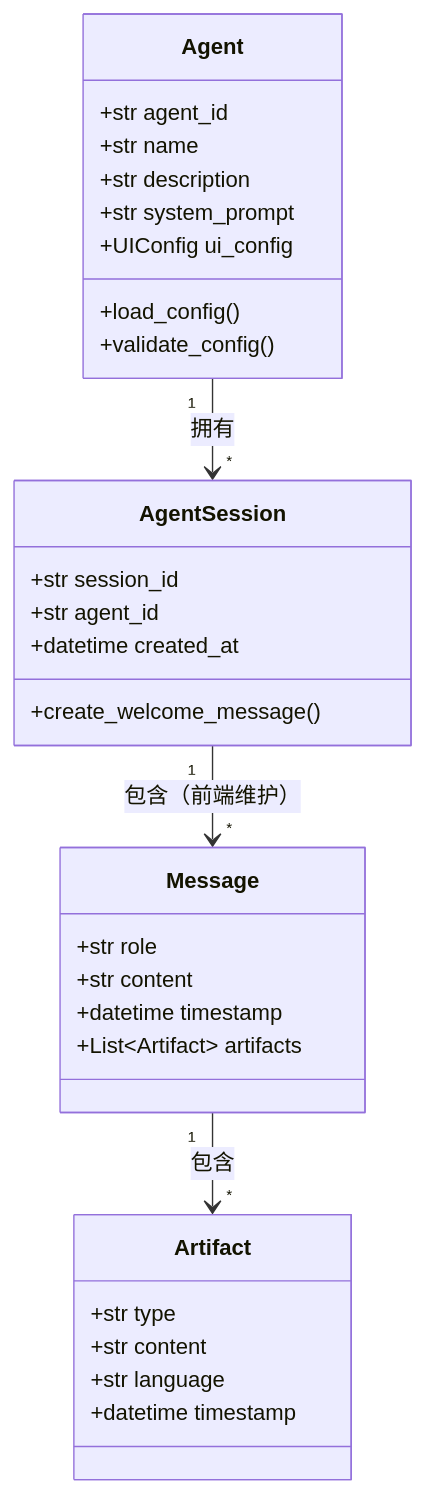
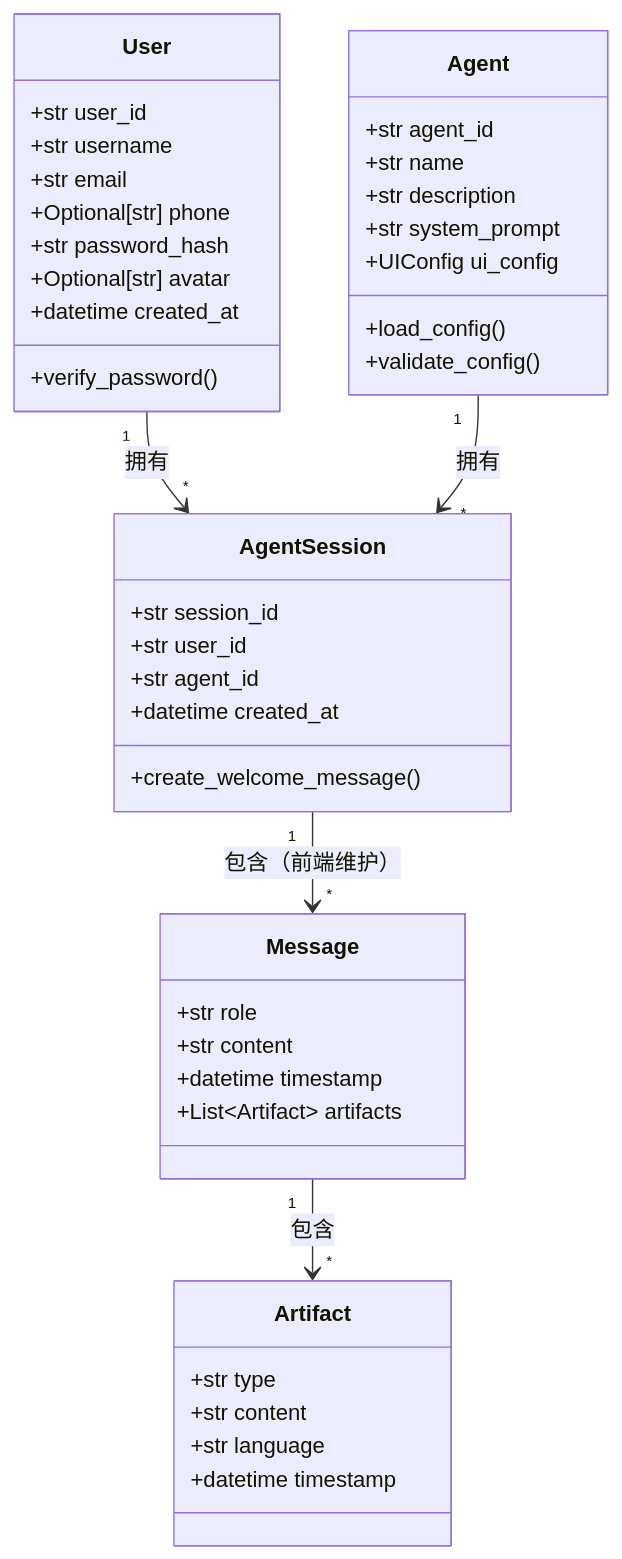
Before and after one commit to ZhangColin/ai-teacher-platform: the diagram in docs/design/data_models.md, drawn with Mermaid. The commit also changed other lines of this file and 38 other files, not shown here.

````diff
--- a/docs/design/data_models.md
+++ b/docs/design/data_models.md
@@ -15,37 +16,50 @@
 ```mermaid
 classDiagram
     class Agent {
         +str agent_id
         +str name
         +str description
         +str system_prompt
         +UIConfig ui_config
         +load_config()
         +validate_config()
     }
     
     class AgentSession {
         +str session_id
+        +str user_id
         +str agent_id
         +datetime created_at
         +create_welcome_message()
     }
     
     class Message {
         +str role
         +str content
         +datetime timestamp
         +List~Artifact~ artifacts
     }
     
     class Artifact {
         +str type
         +str content
         +str language
         +datetime timestamp
     }
     
+    class User {
+        +str user_id
+        +str username
+        +str email
+        +Optional[str] phone
+        +str password_hash
+        +Optional[str] avatar
+        +datetime created_at
+        +verify_password()
+    }
+    
+    User "1" --> "*" AgentSession : 拥有
     Agent "1" --> "*" AgentSession : 拥有
     AgentSession "1" --> "*" Message : 包含（前端维护）
     Message "1" --> "*" Artifact : 包含
 ```
````
